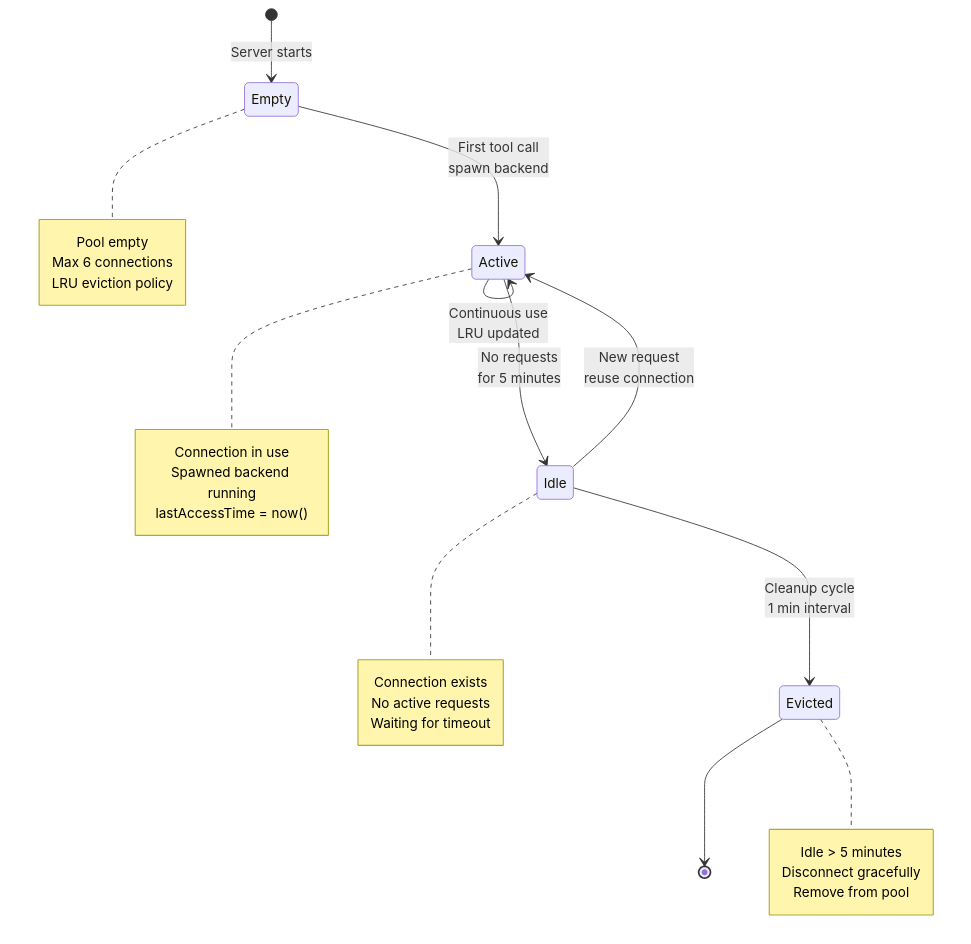
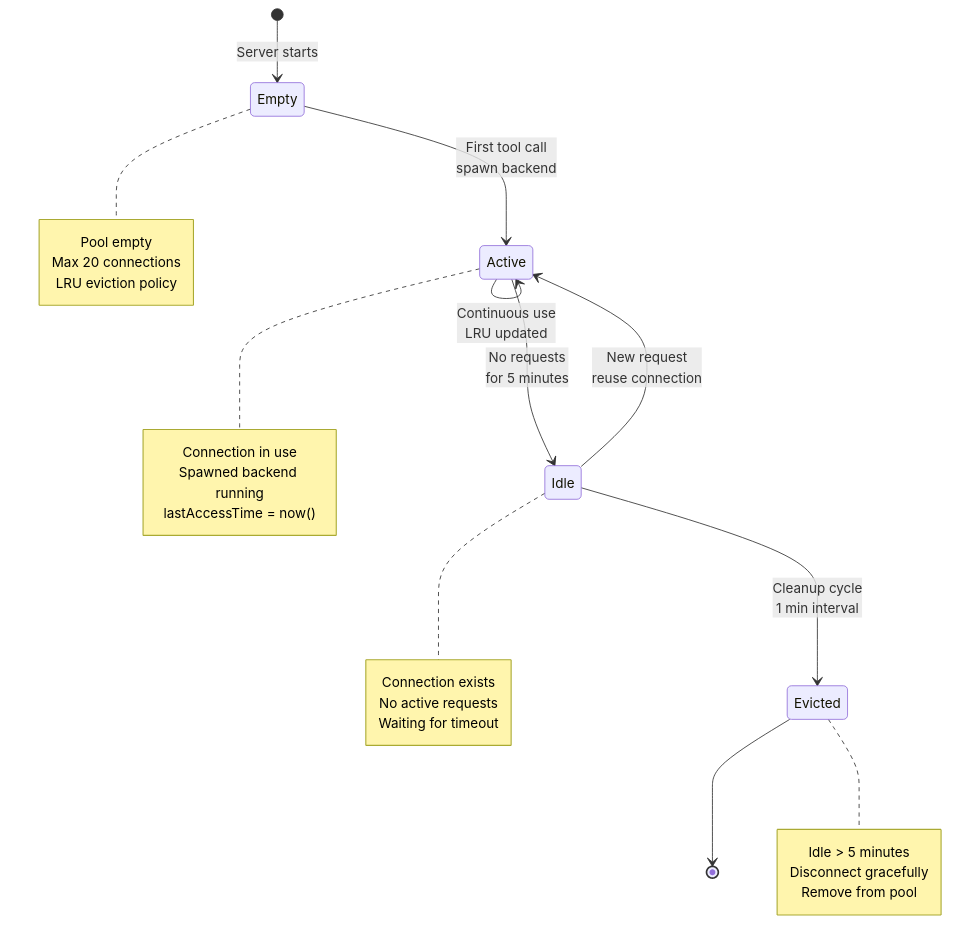
One commit to blueman82/mcp-exec changed the seventh of 11 diagrams in projects/meta-mcp-server/docs/diagrams/architecture.md. Above: the diagram before and after it, drawn with Mermaid. The commit also changed other lines of this file and 6 other files, not shown here.

First line of the commit message:
docs: Remove approximate line counts and fix maxConnections values (#56)

````diff
--- a/projects/meta-mcp-server/docs/diagrams/architecture.md
+++ b/projects/meta-mcp-server/docs/diagrams/architecture.md
@@ -314,35 +314,35 @@
 ```mermaid
 stateDiagram-v2
     [*] --> Empty: Server starts
 
     Empty --> Active: First tool call<br/>spawn backend
     Active --> Idle: No requests<br/>for 5 minutes
     Active --> Active: Continuous use<br/>LRU updated
     Idle --> Active: New request<br/>reuse connection
     Idle --> Evicted: Cleanup cycle<br/>1 min interval
     Evicted --> [*]
 
     note right of Empty
         Pool empty
-        Max 6 connections
+        Max 20 connections
         LRU eviction policy
     end note
 
     note right of Active
         Connection in use
         Spawned backend running
         lastAccessTime = now()
     end note
 
     note right of Idle
         Connection exists
         No active requests
         Waiting for timeout
     end note
 
     note right of Evicted
         Idle > 5 minutes
         Disconnect gracefully
         Remove from pool
     end note
 ```
````
